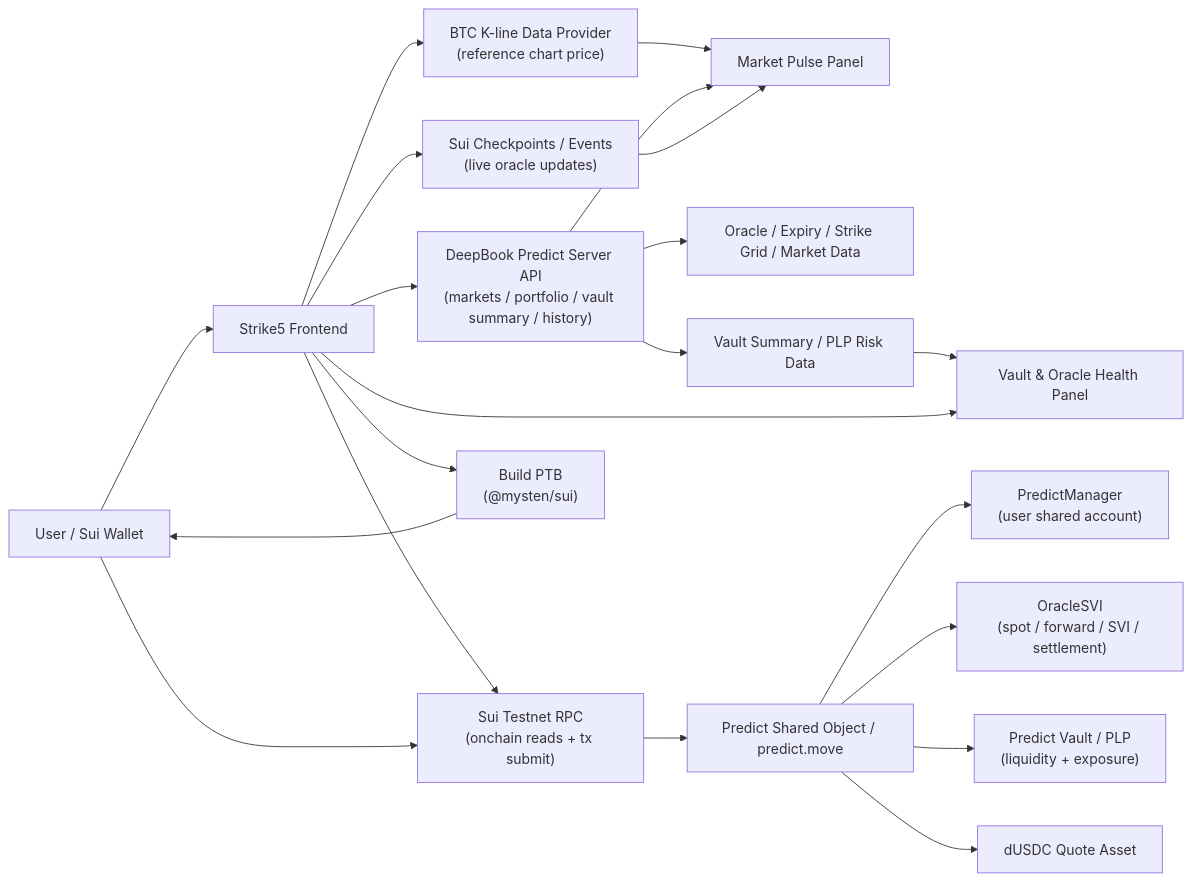
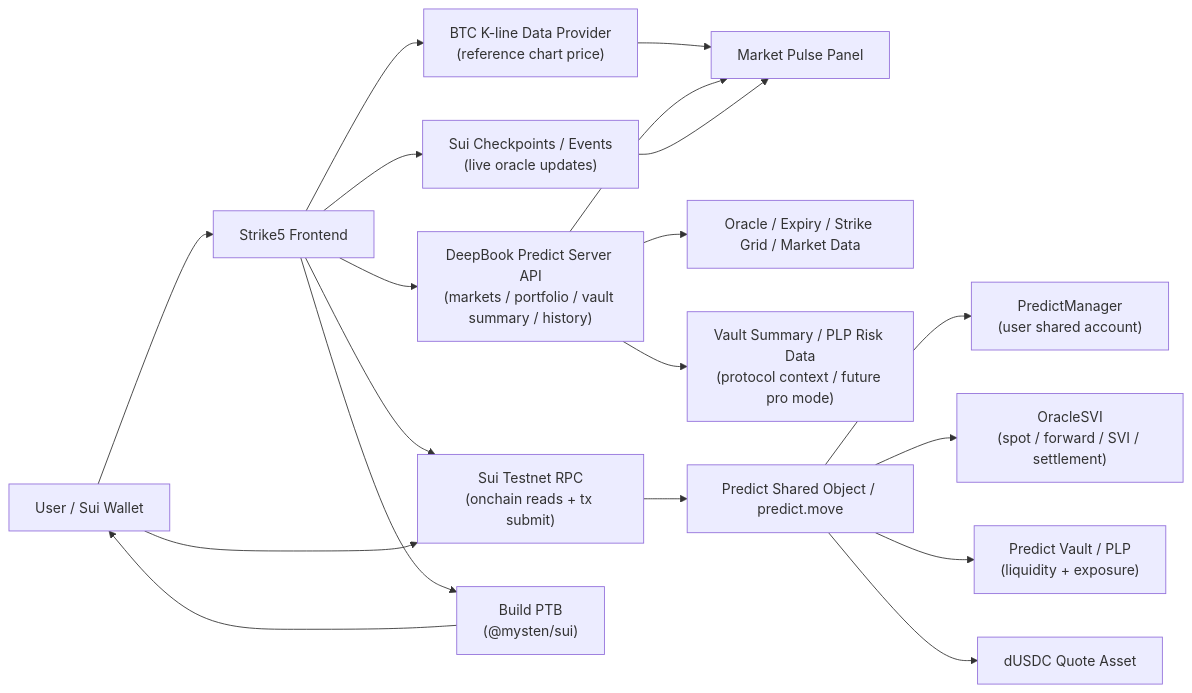
The first of 2 diagrams in docs/technical/architecture.md (big-dudu-mosty/Strike5), drawn with Mermaid before and after one commit. The commit also changed other lines of this file and 10 other files, not shown here.

````diff
--- a/docs/technical/architecture.md
+++ b/docs/technical/architecture.md
@@ -27,30 +27,27 @@
 ```mermaid
 flowchart LR
   U["User / Sui Wallet"] --> FE["Strike5 Frontend"]
 
   FE --> Chart["BTC K-line Data Provider<br/>(reference chart price)"]
   FE --> PS["DeepBook Predict Server API<br/>(markets / portfolio / vault summary / history)"]
   FE --> RPC["Sui Testnet RPC<br/>(onchain reads + tx submit)"]
   FE --> EVT["Sui Checkpoints / Events<br/>(live oracle updates)"]
 
   Chart --> MP["Market Pulse Panel"]
   PS --> MP
   EVT --> MP
 
   PS --> OI["Oracle / Expiry / Strike Grid / Market Data"]
-  PS --> VS["Vault Summary / PLP Risk Data"]
-
-  VS --> VH["Vault & Oracle Health Panel"]
-  FE --> VH
+  PS --> VS["Vault Summary / PLP Risk Data<br/>(protocol context / future pro mode)"]
 
   FE --> PTB["Build PTB<br/>(@mysten/sui)"]
   PTB --> U
   U --> RPC
 
   RPC --> PRED["Predict Shared Object / predict.move"]
 
   PRED --> PM["PredictManager<br/>(user shared account)"]
   PRED --> ORACLE["OracleSVI<br/>(spot / forward / SVI / settlement)"]
   PRED --> VAULT["Predict Vault / PLP<br/>(liquidity + exposure)"]
   PRED --> DUSDC["dUSDC Quote Asset"]
 ```
````
